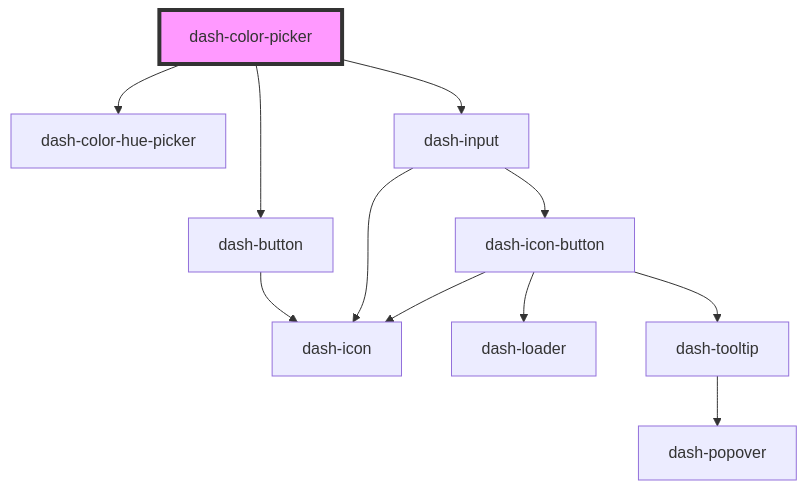
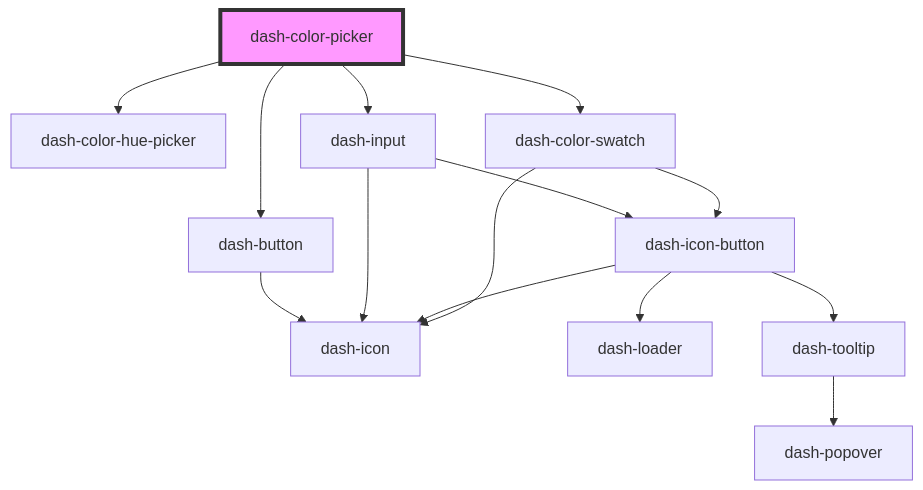
One commit to jmanke/dash changed the diagram in packages/dash-components/src/components/dash-color-picker/readme.md. Above: the diagram before and after it, drawn with Mermaid. The commit also changed other lines of this file and 27 other files, not shown here.

````diff
--- a/packages/dash-components/src/components/dash-color-picker/readme.md
+++ b/packages/dash-components/src/components/dash-color-picker/readme.md
@@ -37,14 +35,17 @@
 ```mermaid
 graph TD;
   dash-color-picker --> dash-color-hue-picker
   dash-color-picker --> dash-button
   dash-color-picker --> dash-input
+  dash-color-picker --> dash-color-swatch
   dash-button --> dash-icon
   dash-input --> dash-icon
   dash-input --> dash-icon-button
   dash-icon-button --> dash-icon
   dash-icon-button --> dash-loader
   dash-icon-button --> dash-tooltip
   dash-tooltip --> dash-popover
+  dash-color-swatch --> dash-icon-button
+  dash-color-swatch --> dash-icon
   style dash-color-picker fill:#f9f,stroke:#333,stroke-width:4px
 ```
````
